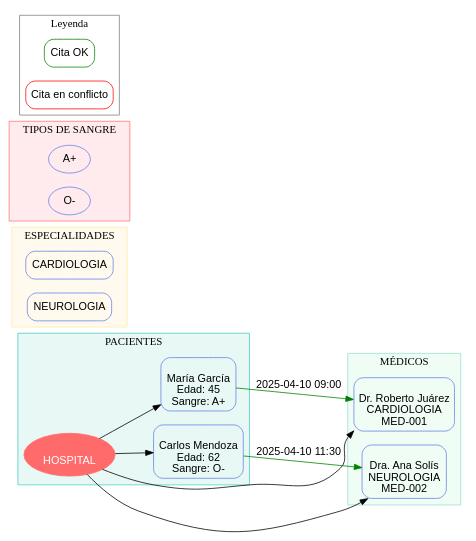
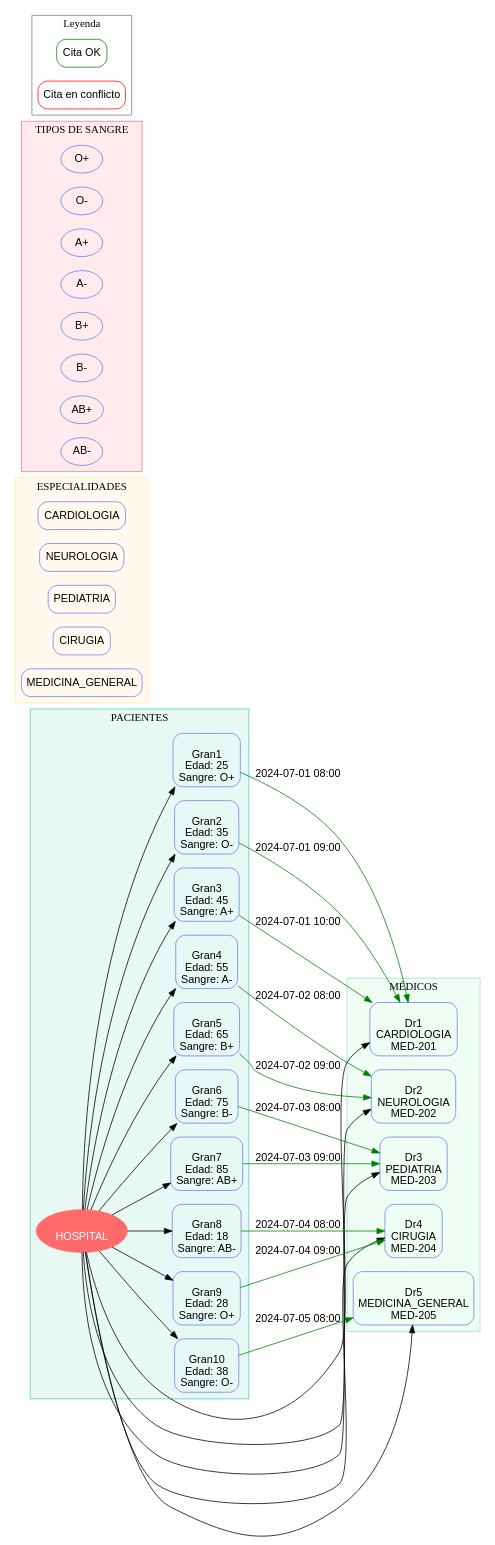
The diagram in PROYECTO 1/hospital_grafo.dot (JimH0202/1S2026_-LFPA-_-202303768), drawn with Graphviz before and after one commit. The commit also changed 9 other files, not shown here.

```diff
--- a/PROYECTO 1/hospital_grafo.dot
+++ b/PROYECTO 1/hospital_grafo.dot
@@ -1,63 +1,102 @@
 digraph Hospital {
   rankdir=LR;
   node [shape=box, style=rounded, color="#667eea", fontname="Arial"];
   edge [color="#666", fontname="Arial"];
 
   hospital [label="
 HOSPITAL", shape=ellipse, color="#ff6b6b", fontcolor=white, style=filled];
 
   subgraph cluster_pacientes {
     label="PACIENTES";
     color="#4ecdc4";
     style=filled;
     fillcolor="#e8f8f5";
-    pac_2504 [label="\nMaría García\nEdad: 45\nSangre: A+"];
-    hospital -> pac_2504;
-    pac_803 [label="\nCarlos Mendoza\nEdad: 62\nSangre: O-"];
-    hospital -> pac_803;
+    pac_8589 [label="\nGran1\nEdad: 25\nSangre: O+"];
+    hospital -> pac_8589;
+    pac_8994 [label="\nGran2\nEdad: 35\nSangre: O-"];
+    hospital -> pac_8994;
+    pac_6546 [label="\nGran3\nEdad: 45\nSangre: A+"];
+    hospital -> pac_6546;
+    pac_2075 [label="\nGran4\nEdad: 55\nSangre: A-"];
+    hospital -> pac_2075;
+    pac_9594 [label="\nGran5\nEdad: 65\nSangre: B+"];
+    hospital -> pac_9594;
+    pac_5809 [label="\nGran6\nEdad: 75\nSangre: B-"];
+    hospital -> pac_5809;
+    pac_1871 [label="\nGran7\nEdad: 85\nSangre: AB+"];
+    hospital -> pac_1871;
+    pac_5426 [label="\nGran8\nEdad: 18\nSangre: AB-"];
+    hospital -> pac_5426;
+    pac_4722 [label="\nGran9\nEdad: 28\nSangre: O+"];
+    hospital -> pac_4722;
+    pac_7333 [label="\nGran10\nEdad: 38\nSangre: O-"];
+    hospital -> pac_7333;
   }
 
   subgraph cluster_medicos {
     label="MÉDICOS";
     color="#95e1d3";
     style=filled;
     fillcolor="#f0fdf4";
-    med_9689 [label="\nDr. Roberto Juárez\nCARDIOLOGIA\nMED-001"];
-    hospital -> med_9689;
-    med_8193 [label="\nDra. Ana Solís\nNEUROLOGIA\nMED-002"];
-    hospital -> med_8193;
+    med_7362 [label="\nDr1\nCARDIOLOGIA\nMED-201"];
+    hospital -> med_7362;
+    med_1211 [label="\nDr2\nNEUROLOGIA\nMED-202"];
+    hospital -> med_1211;
+    med_278 [label="\nDr3\nPEDIATRIA\nMED-203"];
+    hospital -> med_278;
+    med_2311 [label="\nDr4\nCIRUGIA\nMED-204"];
+    hospital -> med_2311;
+    med_1065 [label="\nDr5\nMEDICINA_GENERAL\nMED-205"];
+    hospital -> med_1065;
   }
 
   subgraph cluster_citas {
     label="CITAS";
     color="transparent";
-    pac_2504 -> med_9689 [label="2025-04-10 09:00", color="green", style="solid"];
-    pac_803 -> med_8193 [label="2025-04-10 11:30", color="green", style="solid"];
+    pac_8589 -> med_7362 [label="2024-07-01 08:00", color="green", style="solid"];
+    pac_8994 -> med_7362 [label="2024-07-01 09:00", color="green", style="solid"];
+    pac_6546 -> med_7362 [label="2024-07-01 10:00", color="green", style="solid"];
+    pac_2075 -> med_1211 [label="2024-07-02 08:00", color="green", style="solid"];
+    pac_9594 -> med_1211 [label="2024-07-02 09:00", color="green", style="solid"];
+    pac_5809 -> med_278 [label="2024-07-03 08:00", color="green", style="solid"];
+    pac_1871 -> med_278 [label="2024-07-03 09:00", color="green", style="solid"];
+    pac_5426 -> med_2311 [label="2024-07-04 08:00", color="green", style="solid"];
+    pac_4722 -> med_2311 [label="2024-07-04 09:00", color="green", style="solid"];
+    pac_7333 -> med_1065 [label="2024-07-05 08:00", color="green", style="solid"];
   }
 
   subgraph cluster_especialidades {
     label="ESPECIALIDADES";
     color="#ffeaa7";
     style=filled;
     fillcolor="#fffaed";
     esp_5596 [label="CARDIOLOGIA"];
     esp_6447 [label="NEUROLOGIA"];
+    esp_5286 [label="PEDIATRIA"];
+    esp_7844 [label="CIRUGIA"];
+    esp_8316 [label="MEDICINA_GENERAL"];
   }
 
   subgraph cluster_sangre {
     label="TIPOS DE SANGRE";
     color="#ff7675";
     style=filled;
     fillcolor="#ffebee";
+    sangre_7919 [label="O+", shape=oval];
+    sangre_4697 [label="O-", shape=oval];
     sangre_9105 [label="A+", shape=oval];
-    sangre_4697 [label="O-", shape=oval];
+    sangre_6702 [label="A-", shape=oval];
+    sangre_4122 [label="B+", shape=oval];
+    sangre_2567 [label="B-", shape=oval];
+    sangre_9357 [label="AB+", shape=oval];
+    sangre_6377 [label="AB-", shape=oval];
   }
 
   // Leyenda
   subgraph cluster_legend {
     label="Leyenda";
     color="gray";
     ok_edge [label="Cita OK", color="green"];
     conflict_edge [label="Cita en conflicto", color="red"];
   }
 }
```
